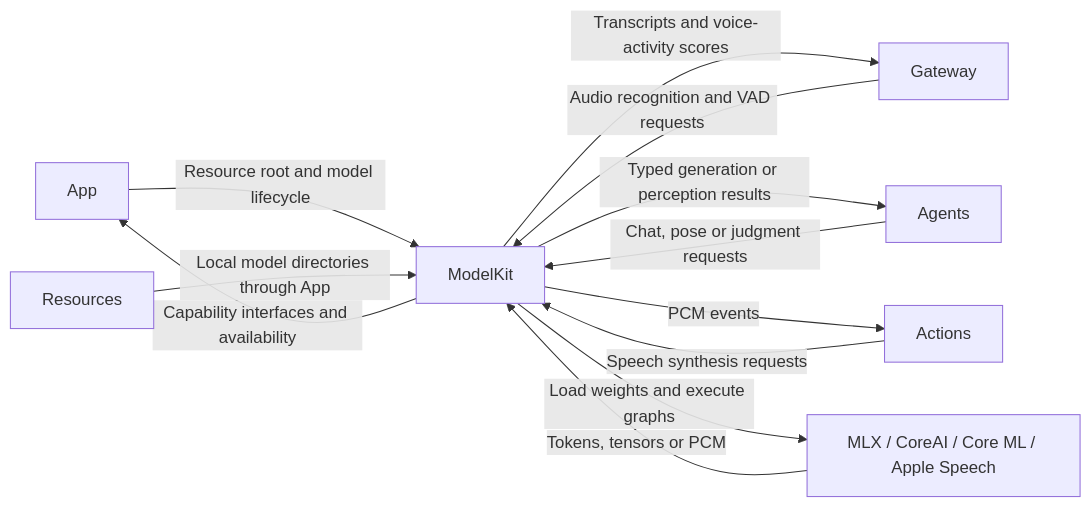
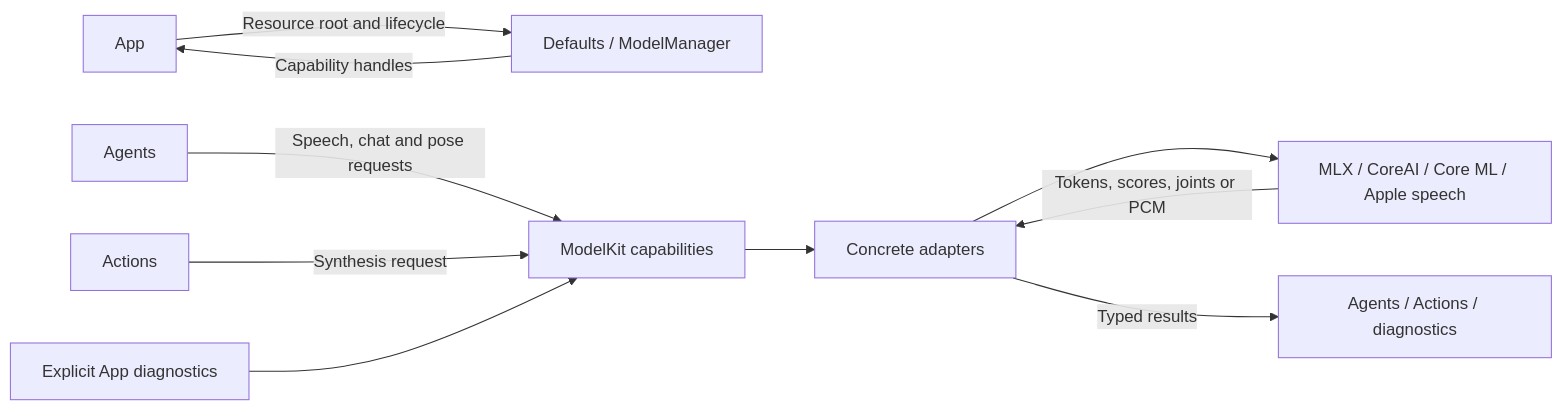
One commit to devilyouwei/MobileHarness changed the first of 3 diagrams in MobileHarness/ModelKit/README.md. Above: the diagram before and after it, drawn with Mermaid. The commit also changed other lines of this file and 53 other files, not shown here.

````diff
--- a/MobileHarness/ModelKit/README.md
+++ b/MobileHarness/ModelKit/README.md
@@ -11,14 +31,12 @@
 ```mermaid
 flowchart LR
-    App -->|Resource root and model lifecycle| ModelKit
-    ModelKit -->|Capability interfaces and availability| App
-    Gateway -->|Audio recognition and VAD requests| ModelKit
-    ModelKit -->|Transcripts and voice-activity scores| Gateway
-    Agents -->|Chat, pose or judgment requests| ModelKit
-    ModelKit -->|Typed generation or perception results| Agents
-    Actions -->|Speech synthesis requests| ModelKit
-    ModelKit -->|PCM events| Actions
-    Resources -->|Local model directories through App| ModelKit
-    ModelKit -->|Load weights and execute graphs| Engines[MLX / CoreAI / Core ML / Apple Speech]
-    Engines -->|Tokens, tensors or PCM| ModelKit
+    App -->|Resource root and lifecycle| Assembly[Defaults / ModelManager]
+    Assembly -->|Capability handles| App
+    Agents -->|Speech, chat and pose requests| Capabilities[ModelKit capabilities]
+    Actions -->|Synthesis request| Capabilities
+    Diagnostics[Explicit App diagnostics] --> Capabilities
+    Capabilities --> Adapters[Concrete adapters]
+    Adapters --> Engines[MLX / CoreAI / Core ML / Apple speech]
+    Engines -->|Tokens, scores, joints or PCM| Adapters
+    Adapters -->|Typed results| Consumers[Agents / Actions / diagnostics]
 ```
````
